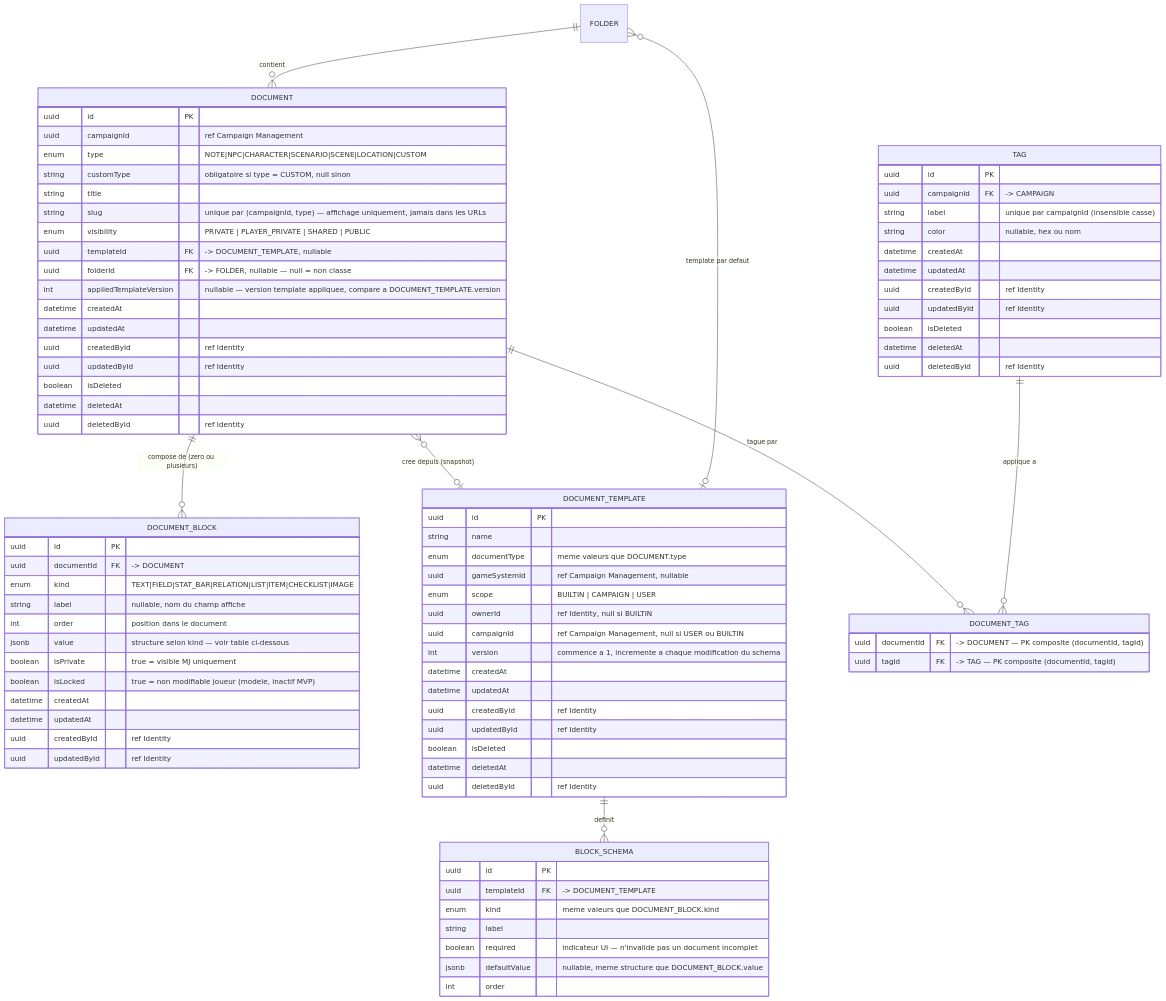
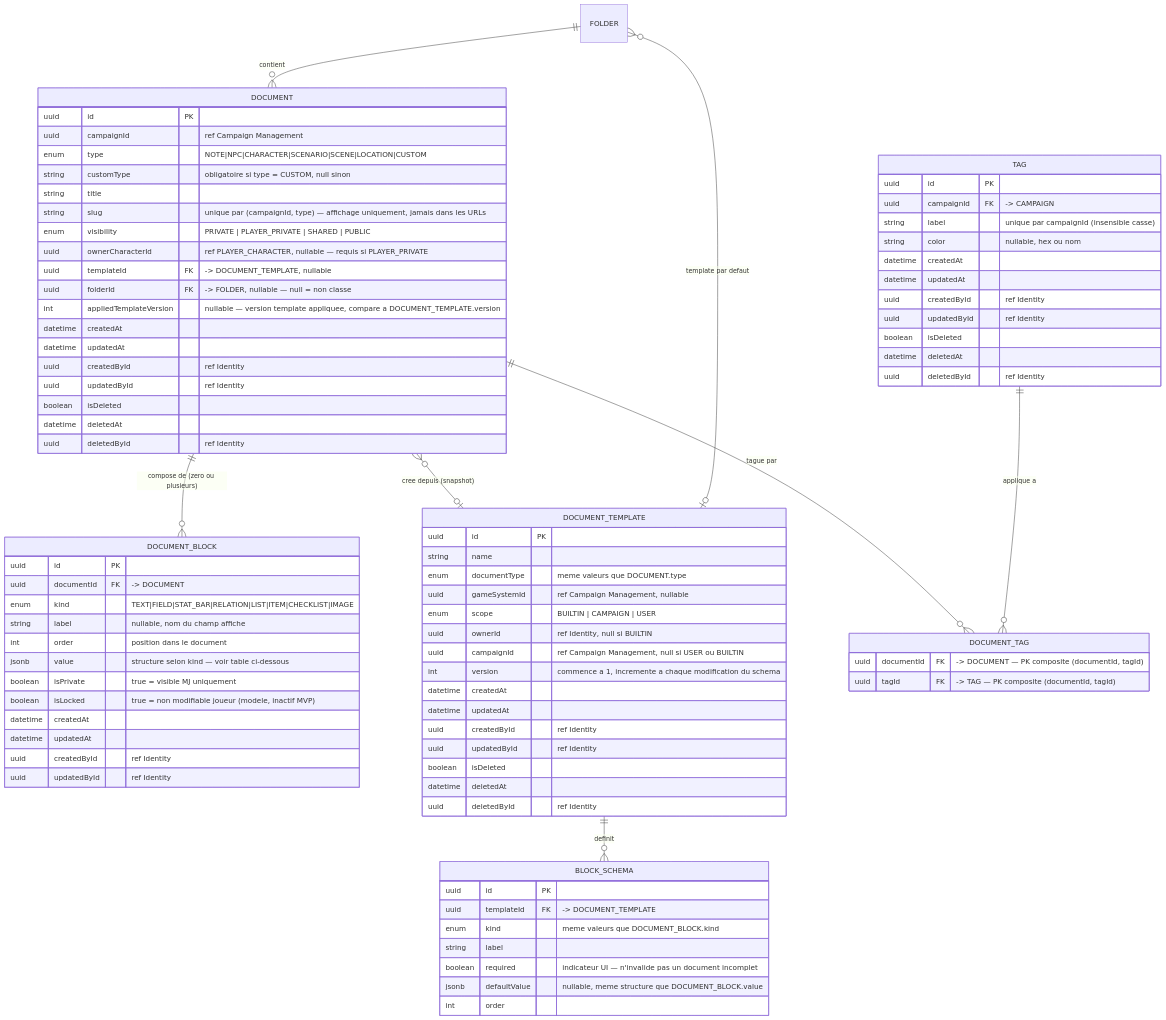
One commit to 2025-10-CDA-ECO-P6/PM-micro-saas changed the fourth of 7 diagrams in docs/conception/MCD.md. Above: the diagram before and after it, drawn with Mermaid. The commit also changed other lines of this file and 17 other files, not shown here.

```diff
--- a/docs/conception/MCD.md
+++ b/docs/conception/MCD.md
@@ -237,6 +238,7 @@
         string title
         string slug "unique par (campaignId, type) — affichage uniquement, jamais dans les URLs"
         enum visibility "PRIVATE | PLAYER_PRIVATE | SHARED | PUBLIC"
+        uuid ownerCharacterId "ref PLAYER_CHARACTER, nullable — requis si PLAYER_PRIVATE"
         uuid templateId FK "-> DOCUMENT_TEMPLATE, nullable"
         uuid folderId FK "-> FOLDER, nullable — null = non classe"
         int appliedTemplateVersion "nullable — version template appliquee, compare a DOCUMENT_TEMPLATE.version"
```
